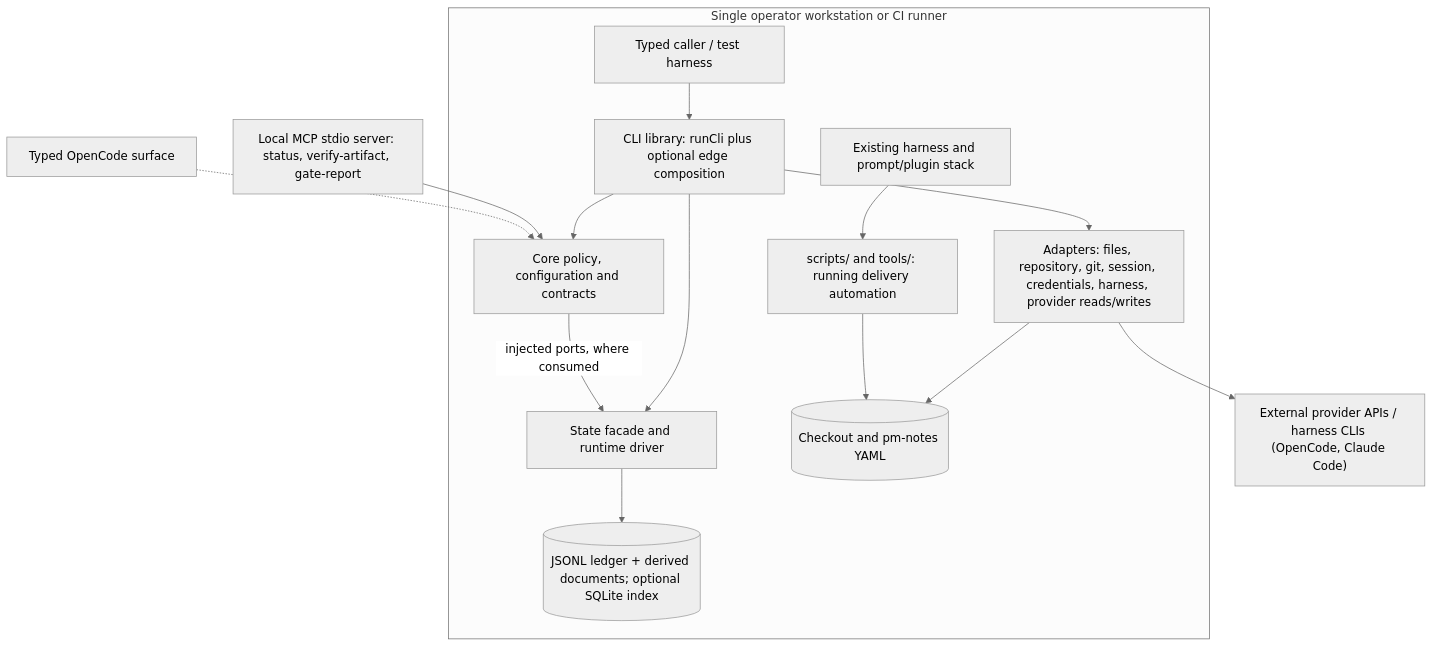
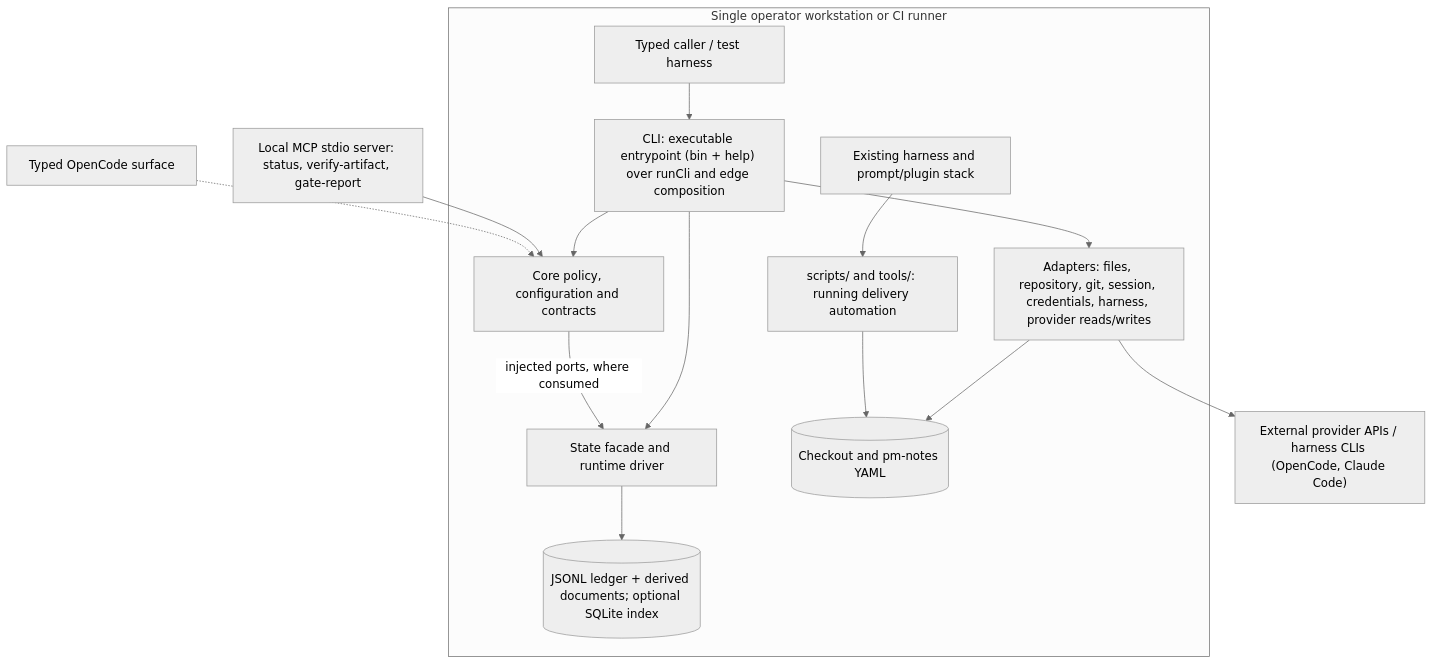
One commit to juliusz-cwiakalski/agentic-delivery-os changed the second of 2 diagrams in doc/overview/architecture-overview.md. Above: the diagram before and after it, drawn with Mermaid (neutral theme). The commit also changed other lines of this file and 30 other files, not shown here.

````diff
--- a/doc/overview/architecture-overview.md
+++ b/doc/overview/architecture-overview.md
@@ -58,26 +58,26 @@
 ```mermaid
 flowchart TB
   subgraph Workstation["Single operator workstation or CI runner"]
     Harness["Existing harness and prompt/plugin stack"]
     Shell["scripts/ and tools/: running delivery automation"]
     Caller["Typed caller / test harness"]
-    CLI["CLI library: runCli plus optional edge composition"]
+    CLI["CLI: executable entrypoint (bin + help) over runCli and edge composition"]
     Core["Core policy, configuration and contracts"]
     IO["Adapters: files, repository, git, session, credentials, harness, provider reads/writes"]
     State["State facade and runtime driver"]
     Ledger[("JSONL ledger + derived documents; optional SQLite index")]
     Checkout[("Checkout and pm-notes YAML")]
     Harness --> Shell
     Caller --> CLI
     CLI --> Core
     CLI --> IO
     CLI --> State
     Core -->|"injected ports, where consumed"| State
     State --> Ledger
     IO --> Checkout
     Shell --> Checkout
   end
   IO --> APIs["External provider APIs / harness CLIs (OpenCode, Claude Code)"]
   MCP["Local MCP stdio server: status, verify-artifact, gate-report"] --> Core
   Future["Typed OpenCode surface"] -.-> Core
 ```
````
